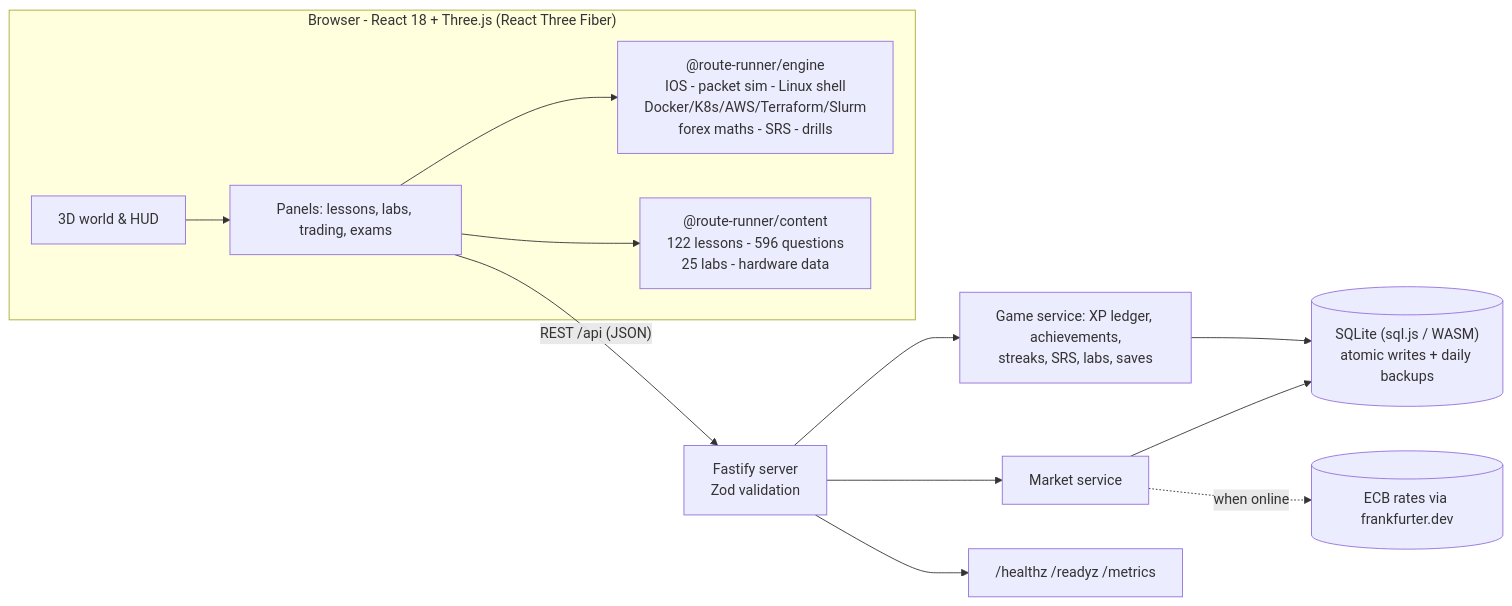
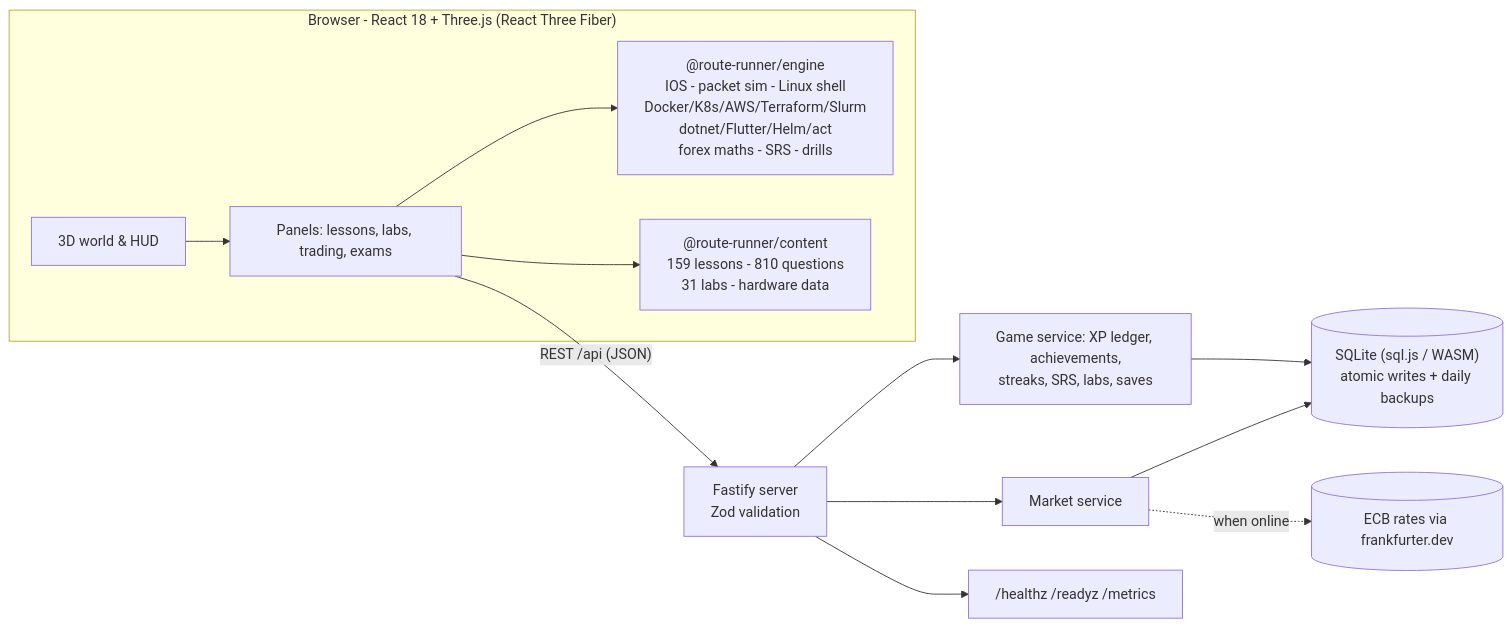
Before and after one commit to PhemeloMartin/Route-Runner: the diagram in README.md, drawn with Mermaid. The commit also changed other lines of this file and 59 other files, not shown here.

````diff
--- a/README.md
+++ b/README.md
@@ -56,15 +60,15 @@
 ```mermaid
 flowchart LR
   subgraph Browser["Browser - React 18 + Three.js (React Three Fiber)"]
     W[3D world & HUD] --> P[Panels: lessons, labs, trading, exams]
-    P --> E["@route-runner/engine<br/>IOS - packet sim - Linux shell<br/>Docker/K8s/AWS/Terraform/Slurm<br/>forex maths - SRS - drills"]
-    P --> C["@route-runner/content<br/>122 lessons - 596 questions<br/>25 labs - hardware data"]
+    P --> E["@route-runner/engine<br/>IOS - packet sim - Linux shell<br/>Docker/K8s/AWS/Terraform/Slurm<br/>dotnet/Flutter/Helm/act<br/>forex maths - SRS - drills"]
+    P --> C["@route-runner/content<br/>159 lessons - 810 questions<br/>31 labs - hardware data"]
   end
   P -- "REST /api (JSON)" --> S["Fastify server<br/>Zod validation"]
   S --> G[Game service: XP ledger, achievements,<br/>streaks, SRS, labs, saves]
   S --> M[Market service]
   G --> D[("SQLite (sql.js / WASM)<br/>atomic writes + daily backups")]
   M --> D
   M -. "when online" .-> F[(ECB rates via frankfurter.dev)]
   S --> O["/healthz /readyz /metrics"]
 ```
````
